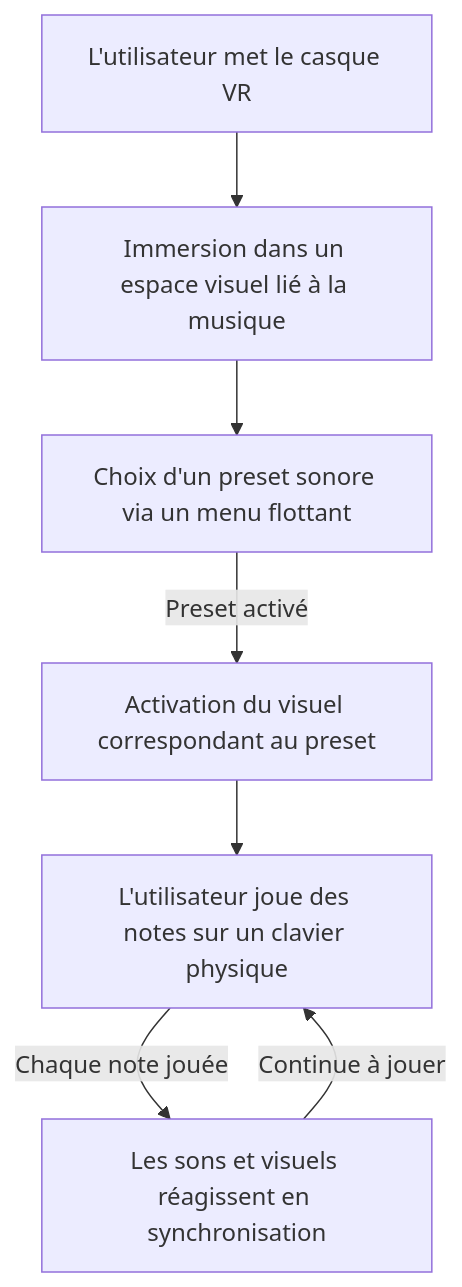
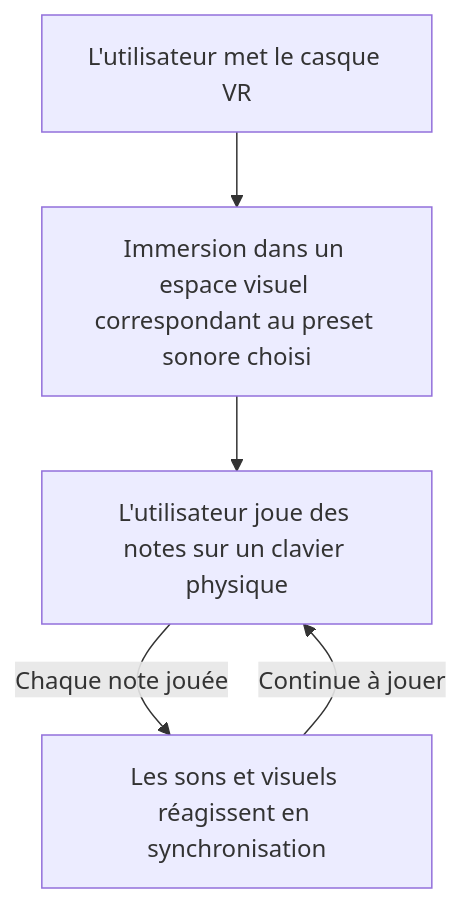
The diagram in README.md (PootPookies/vizua), drawn with Mermaid before and after one commit.

````diff
--- a/README.md
+++ b/README.md
@@ -26,16 +26,13 @@
 ```mermaid
 graph TD
     %% Début de l'expérience utilisateur
-    A[L'utilisateur met le casque VR] --> B[Immersion dans un espace visuel lié à la musique]
-
-    %% Choix de preset sonore
-    B --> C[Choix d'un preset sonore via un menu flottant]
-    C -->|Preset activé| D[Activation du visuel correspondant au preset]
+    A[L'utilisateur met le casque VR] --> B[Immersion dans un espace visuel correspondant au preset sonore choisi]
 
     %% Interaction principale
-    D --> E[L'utilisateur joue des notes sur un clavier physique]
-    E -->|Chaque note jouée| F[Les sons et visuels réagissent en synchronisation]
+    B --> C[L'utilisateur joue des notes sur un clavier physique]
+    C -->|Chaque note jouée| D[Les sons et visuels réagissent en synchronisation]
 
     %% Boucle immersive
-    F -->|Continue à jouer| E
+    D -->|Continue à jouer| C
+
 ```
````
